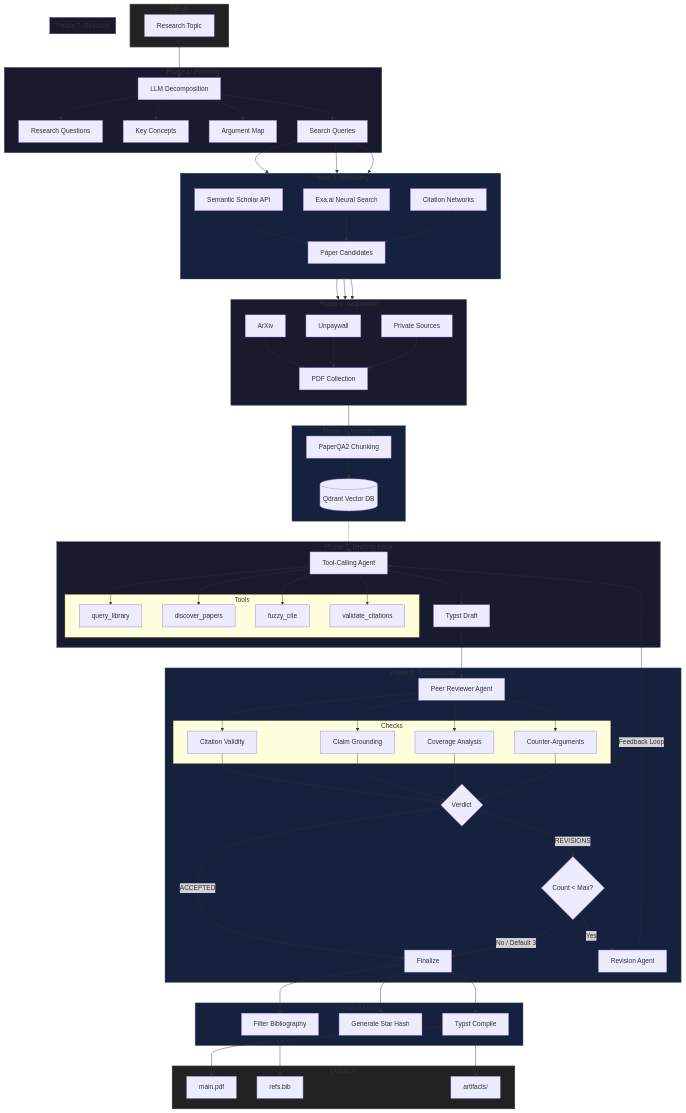
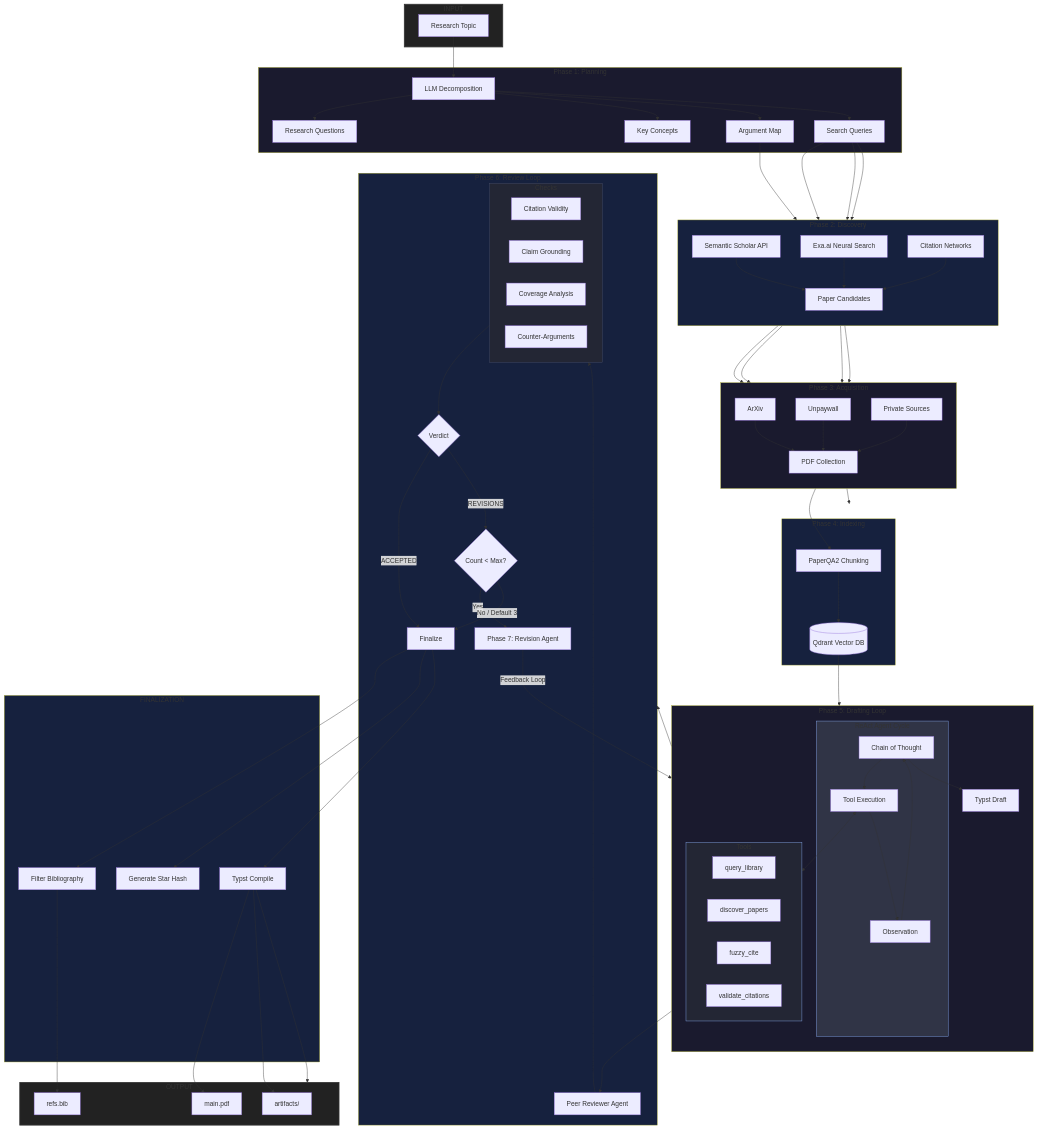
The diagram in README.md (gbrlpzz/research-agent-cli), drawn with Mermaid before and after one commit. The commit also changed other lines of this file, not shown here.

Commit message:
docs: refine architecture diagram: integrated revision phase, added ReAct reasoning loop

````diff
--- a/README.md
+++ b/README.md
@@ -54,9 +54,17 @@
     end
 
     subgraph DRAFTING["Phase 5: Drafting Loop"]
-        Agent[Tool-Calling Agent]
-        Qdrant -.-> Agent
+        direction TB
         
+        subgraph ReAct["ReAct Agent Cycle"]
+            Think[Chain of Thought]
+            Act[Tool Execution]
+            Obs[Observation]
+            Think --> Act
+            Act --> Obs
+            Obs --> Think
+        end
+
         subgraph Tools
             T1[query_library]
             T2[discover_papers]
@@ -64,11 +72,8 @@
             T4[validate_citations]
         end
         
-        Agent --> T1
-        Agent --> T2
-        Agent --> T3
-        Agent --> T4
-        Agent --> Draft[Typst Draft]
+        Act <--> Tools
+        Think --> Draft[Typst Draft]
     end
 
     subgraph REVIEW["Phase 6: Review Loop"]
@@ -82,24 +87,15 @@
             C4[Counter-Arguments]
         end
         
-        Reviewer --> C1
-        Reviewer --> C2
-        Reviewer --> C3
-        Reviewer --> C4
-        C1 --> Verdict{Verdict}
-        C2 --> Verdict
-        C3 --> Verdict
-        C4 --> Verdict
+        Reviewer --> Checks
+        Checks --> Verdict{Verdict}
         Verdict -->|ACCEPTED| Final[Finalize]
         Verdict -->|REVISIONS| Limit{Count < Max?}
-        Limit -->|Yes| Revise
+        Limit -->|Yes| Revise[Phase 7: Revision Agent]
         Limit -->|No / Default 3| Final
     end
 
-    subgraph REVISION["Phase 7: Revision"]
-        Revise[Revision Agent]
-        Revise --> |Feedback Loop| Agent
-    end
+    Revise --> |Feedback Loop| Think
 
     subgraph FINALIZATION
         Final --> BibFilter[Filter Bibliography]
@@ -114,15 +110,23 @@
     end
 
     Topic --> Plan
+    ArgMap --> DISCOVERY
+    Papers --> ACQUISITION
+    PDFs --> INDEXING
+    Qdrant --> ReAct
+    Draft --> REVIEW
+    Compile --> OUTPUT
 
     style INPUT fill:#222,stroke:#333,stroke-width:2px
-    style PLANNING fill:#1a1a2e,stroke:#4a4e69
-    style DISCOVERY fill:#16213e,stroke:#4a4e69
-    style ACQUISITION fill:#1a1a2e,stroke:#4a4e69
-    style INDEXING fill:#16213e,stroke:#4a4e69
-    style DRAFTING fill:#1a1a2e,stroke:#4a4e69
-    style REVIEW fill:#16213e,stroke:#4a4e69
-    style REVISION fill:#1a1a2e,stroke:#4a4e69
-    style FINALIZATION fill:#16213e,stroke:#4a4e69
+    style PLANNING fill:#1a1a2e
+    style DISCOVERY fill:#16213e
+    style ACQUISITION fill:#1a1a2e
+    style INDEXING fill:#16213e
+    style DRAFTING fill:#1a1a2e
+    style REVIEW fill:#16213e
+    style FINALIZATION fill:#16213e
     style OUTPUT fill:#222,stroke:#333,stroke-width:2px
+    style ReAct fill:#303446,stroke:#8aadf4
+    style Tools fill:#232634,stroke:#8aadf4
+    style Checks fill:#232634,stroke:#f5a97f,stroke:#4a4e69
 ```
````
